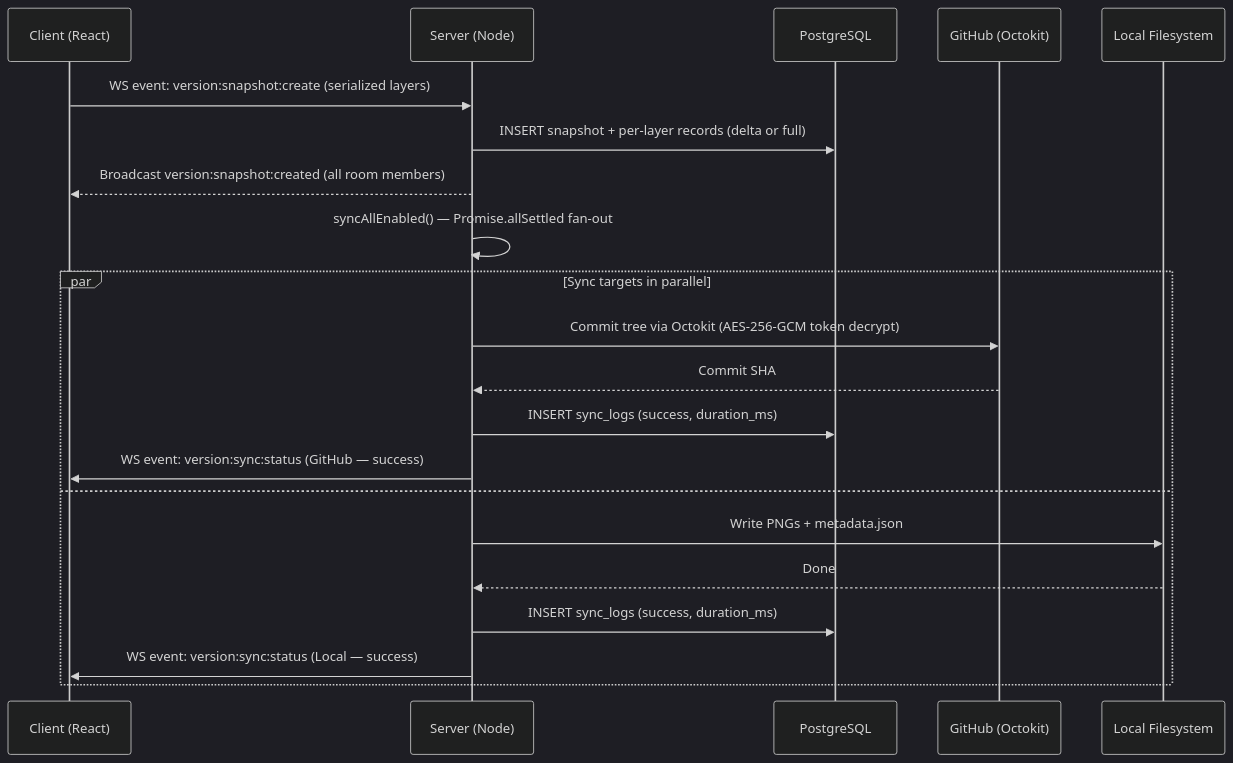
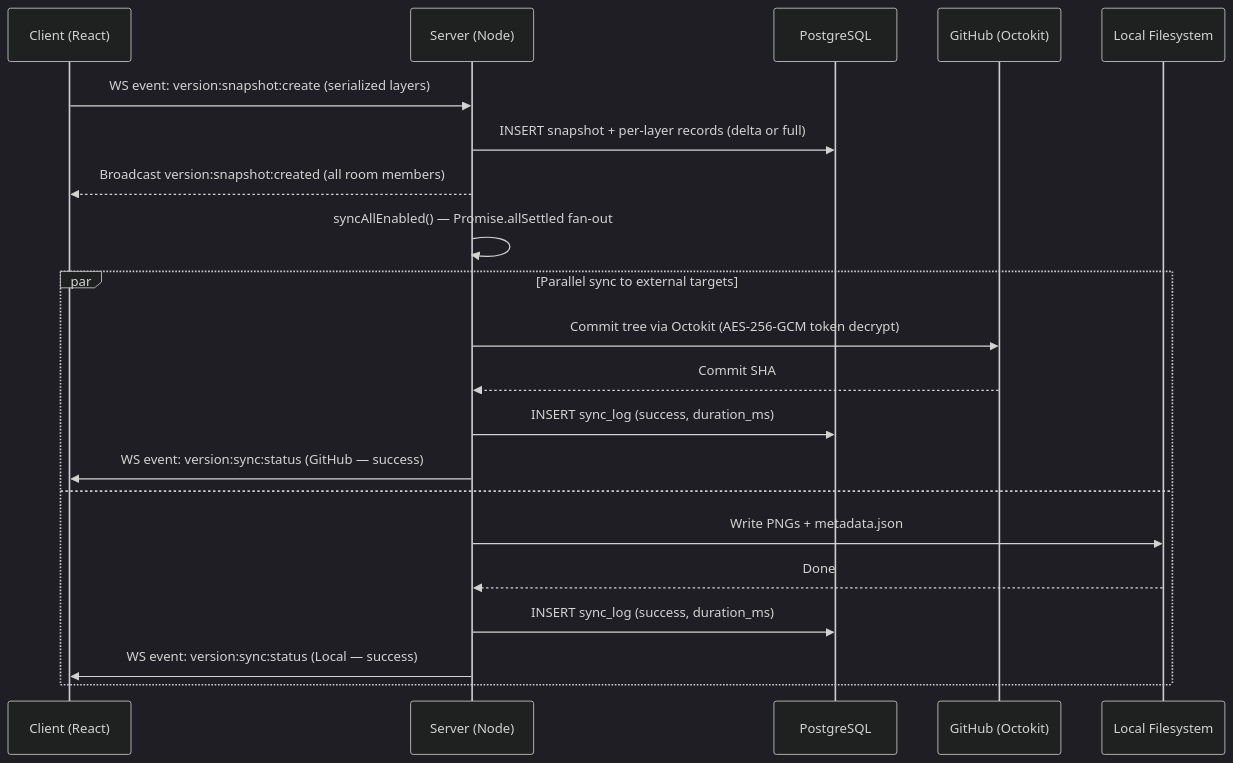
The fourth of 4 diagrams in Readme.MD (GuchaIll/Concept.io), drawn with Mermaid (dark theme) before and after one commit. The commit also changed other lines of this file, not shown here.

````diff
--- a/Readme.MD
+++ b/Readme.MD
@@ -158,24 +227,24 @@
 ```mermaid
 sequenceDiagram
     participant C as Client (React)
     participant S as Server (Node)
     participant DB as PostgreSQL
     participant GH as GitHub (Octokit)
     participant FS as Local Filesystem
 
     C->>S: WS event: version:snapshot:create (serialized layers)
     S->>DB: INSERT snapshot + per-layer records (delta or full)
     S-->>C: Broadcast version:snapshot:created (all room members)
     S->>S: syncAllEnabled() — Promise.allSettled fan-out
-    par Sync targets in parallel
+    par Parallel sync to external targets
         S->>GH: Commit tree via Octokit (AES-256-GCM token decrypt)
         GH-->>S: Commit SHA
-        S->>DB: INSERT sync_logs (success, duration_ms)
+        S->>DB: INSERT sync_log (success, duration_ms)
         S->>C: WS event: version:sync:status (GitHub — success)
     and
         S->>FS: Write PNGs + metadata.json
         FS-->>S: Done
-        S->>DB: INSERT sync_logs (success, duration_ms)
+        S->>DB: INSERT sync_log (success, duration_ms)
         S->>C: WS event: version:sync:status (Local — success)
     end
 ```
````
